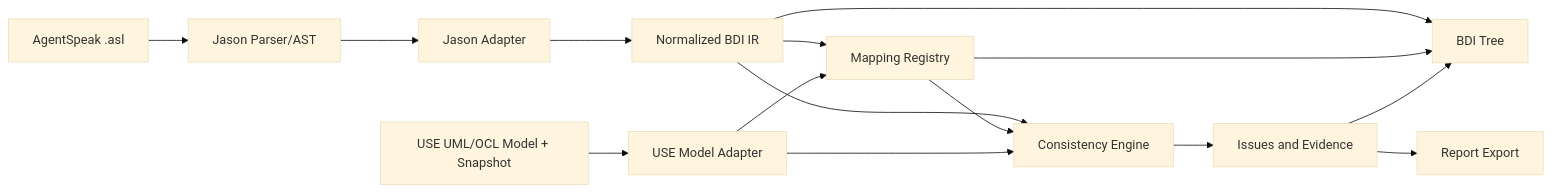
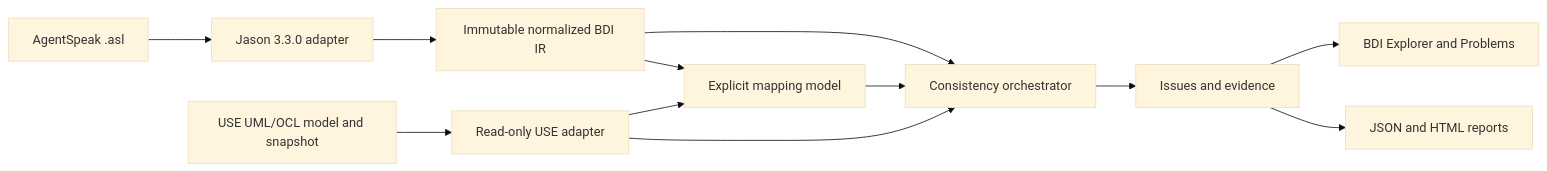
The diagram in docs/project/04_SYSTEM_ARCHITECTURE.md (nguyentrungnghia1802/USE_BDI_Plugin), drawn with Mermaid (base theme) before and after one commit. The commit also changed other lines of this file and 20 other files, not shown here.

Commit message:
docs(project): compact specs and add JaCaMo roadmap

````diff
--- a/docs/project/04_SYSTEM_ARCHITECTURE.md
+++ b/docs/project/04_SYSTEM_ARCHITECTURE.md
@@ -8,17 +8,14 @@
 ```mermaid
 flowchart LR
-  ASL[AgentSpeak .asl] --> JP[Jason Parser/AST]
-  JP --> AD[Jason Adapter]
-  AD --> IR[Normalized BDI IR]
-  UML[USE UML/OCL Model + Snapshot] --> UA[USE Model Adapter]
-  IR --> MR[Mapping Registry]
-  UA --> MR
-  IR --> CE[Consistency Engine]
-  MR --> CE
-  UA --> CE
-  CE --> ISS[Issues and Evidence]
-  IR --> UI[BDI Tree]
-  MR --> UI
-  ISS --> UI
-  ISS --> REP[Report Export]
+  ASL[AgentSpeak .asl] --> JA[Jason 3.3.0 adapter]
+  JA --> IR[Immutable normalized BDI IR]
+  USE[USE UML/OCL model and snapshot] --> UA[Read-only USE adapter]
+  IR --> MAP[Explicit mapping model]
+  UA --> MAP
+  IR --> VAL[Consistency orchestrator]
+  MAP --> VAL
+  UA --> VAL
+  VAL --> ISS[Issues and evidence]
+  ISS --> GUI[BDI Explorer and Problems]
+  ISS --> REP[JSON and HTML reports]
 ```
````
